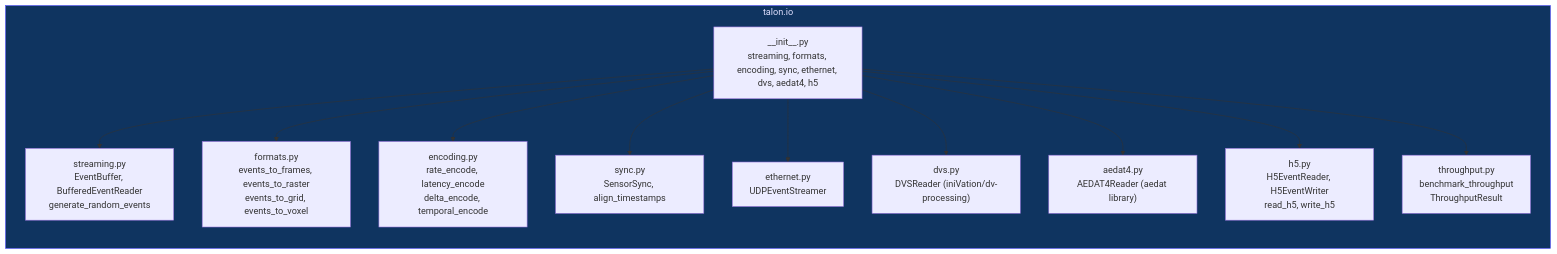
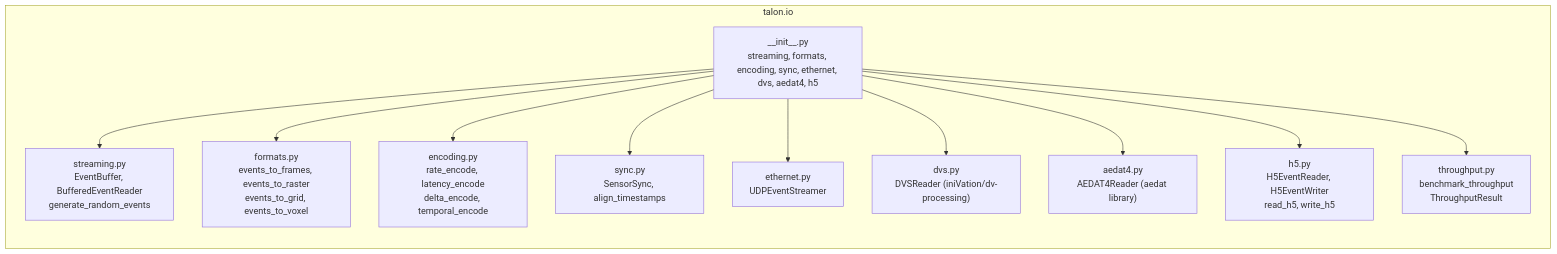
One commit to type1compute/docs changed the seventh of 9 diagrams in docs/talon-ecosystem/architecture.md. Above: the diagram before and after it, drawn with Mermaid. The commit also changed other lines of this file and 35 other files, not shown here.

````diff
--- a/docs/talon-ecosystem/architecture.md
+++ b/docs/talon-ecosystem/architecture.md
@@ -396,27 +392,26 @@
 ```mermaid
 graph LR
     subgraph talon.io
         Init["__init__.py<br/>streaming, formats, encoding, sync, ethernet, dvs, aedat4, h5"]
         Stream["streaming.py<br/>EventBuffer, BufferedEventReader<br/>generate_random_events"]
         Formats["formats.py<br/>events_to_frames, events_to_raster<br/>events_to_grid, events_to_voxel"]
         Encode["encoding.py<br/>rate_encode, latency_encode<br/>delta_encode, temporal_encode"]
         Sync["sync.py<br/>SensorSync, align_timestamps"]
         Ethernet["ethernet.py<br/>UDPEventStreamer"]
         DVS["dvs.py<br/>DVSReader (iniVation/dv-processing)"]
         AEDAT["aedat4.py<br/>AEDAT4Reader (aedat library)"]
         H5["h5.py<br/>H5EventReader, H5EventWriter<br/>read_h5, write_h5"]
         Throughput["throughput.py<br/>benchmark_throughput<br/>ThroughputResult"]
     end
 
     Init --> Stream
     Init --> Formats
     Init --> Encode
     Init --> Sync
     Init --> Ethernet
     Init --> DVS
     Init --> AEDAT
     Init --> H5
     Init --> Throughput
 
-    style talon.io fill:#0f3460,color:#e0e0ff,stroke:#4a4aff
 ```
````
